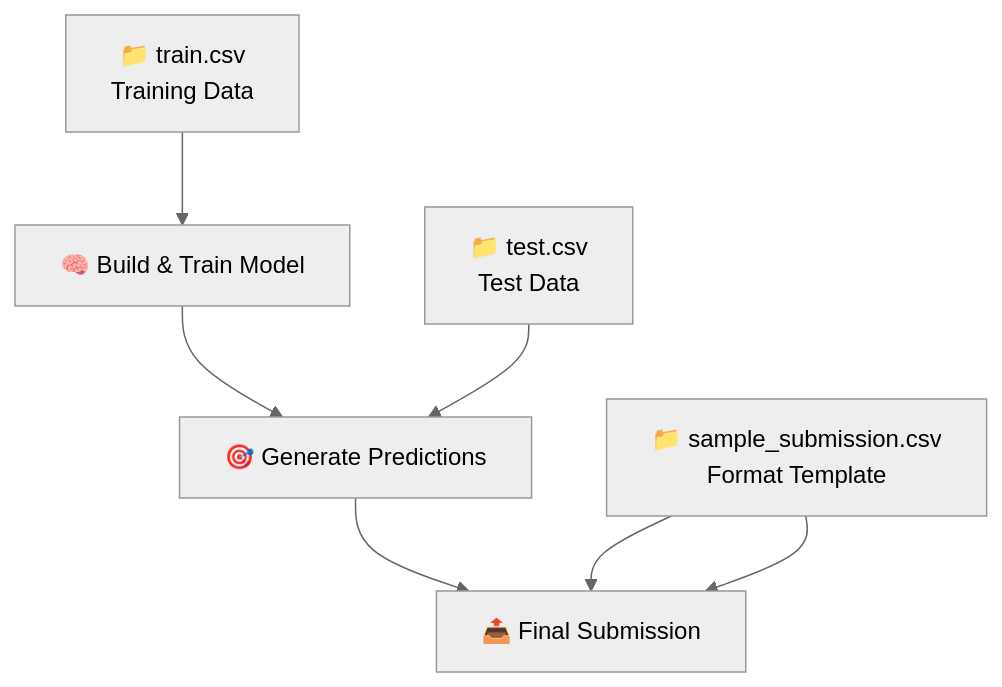
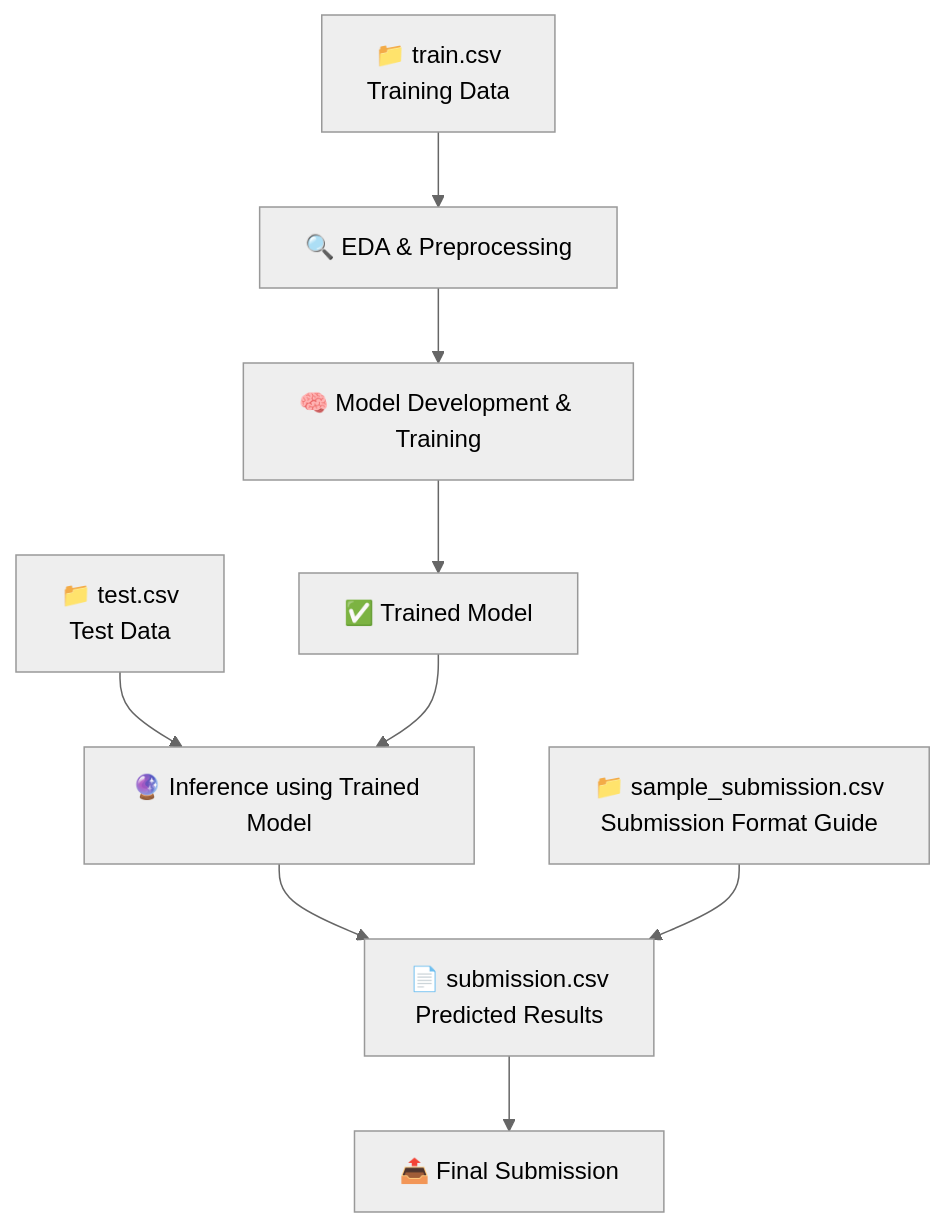
Before and after one commit to TechWhizGenius/shell_ai_hack: the second of 3 diagrams in README.md, drawn with Mermaid (neutral theme).

Commit message:
changes made

````diff
--- a/README.md
+++ b/README.md
@@ -79,10 +79,14 @@
 ```mermaid
 graph TD
-    A[📁 train.csv<br/>Training Data] --> B[🧠 Build & Train Model]
-    C[📁 test.csv<br/>Test Data] --> D[🎯 Generate Predictions]
-    E[📁 sample_submission.csv<br/>Format Template] --> F[📤 Final Submission]
-    
-    B --> D
+    A[📁 train.csv<br/>Training Data] --> B[🔍 EDA & Preprocessing]
+    B --> C[🧠 Model Development & Training]
+    C --> D[✅ Trained Model]
+
+    E[📁 test.csv<br/>Test Data] --> F[🔮 Inference using Trained Model]
     D --> F
-    E --> F
+
+    F --> G[📄 submission.csv<br/>Predicted Results]
+    H[📁 sample_submission.csv<br/>Submission Format Guide] --> G
+    G --> I[📤 Final Submission]
+
 ```
````
